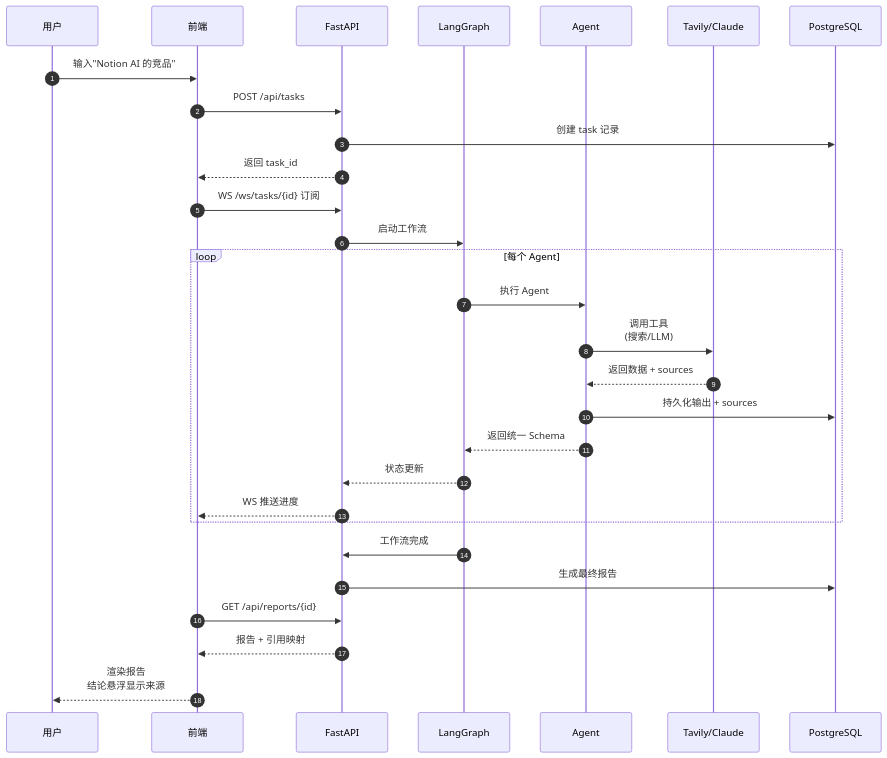
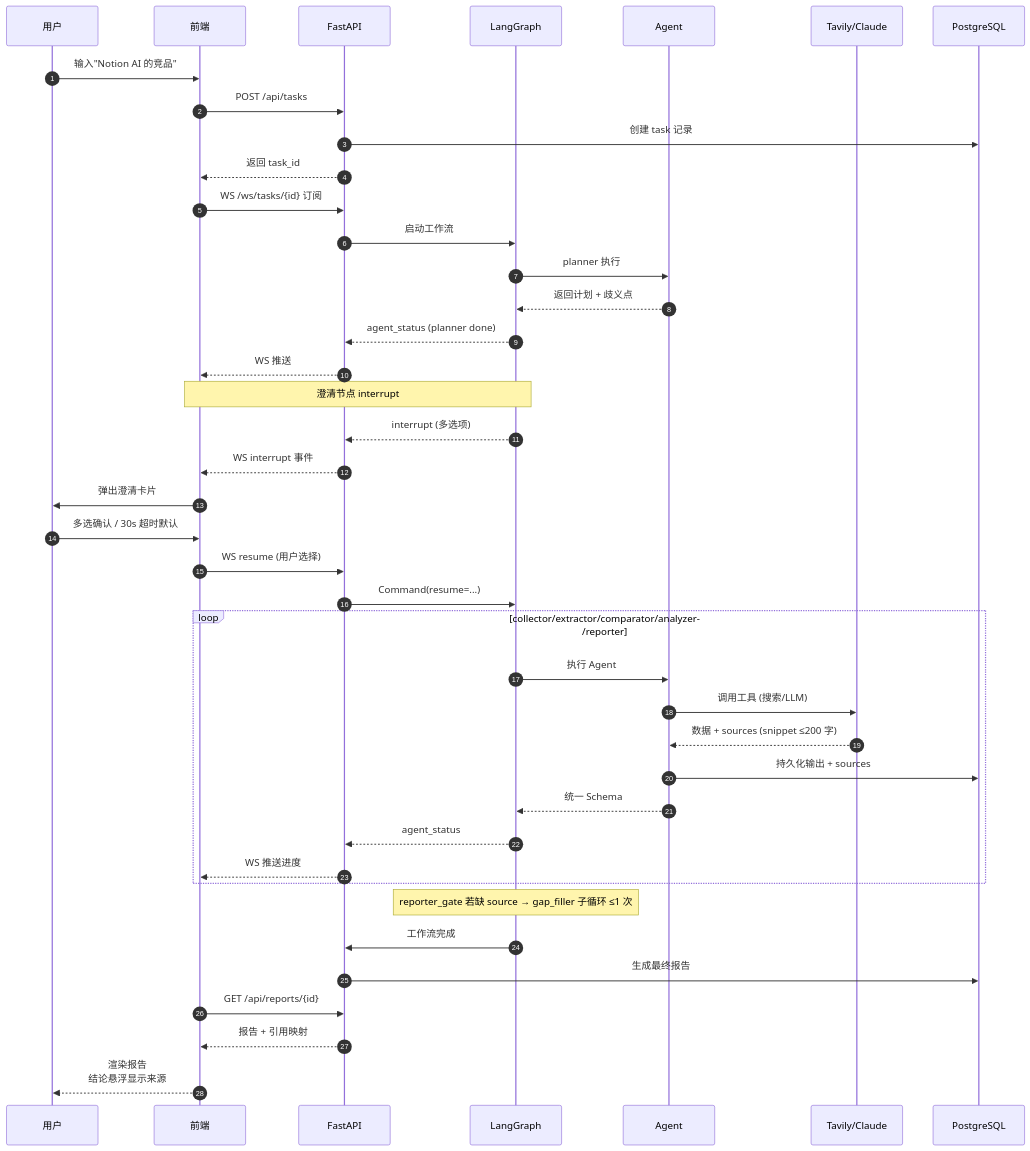
The third of 7 diagrams in docs/architecture.md (yangyuxin-hub/Multi-Agent-Collaborative-Competitive-Analysis-System), drawn with Mermaid before and after one commit. The commit also changed other lines of this file and 7 other files, not shown here.

````diff
--- a/docs/architecture.md
+++ b/docs/architecture.md
@@ -112,34 +140,49 @@
 ```mermaid
 sequenceDiagram
     autonumber
     participant U as 用户
     participant F as 前端
     participant API as FastAPI
     participant G as LangGraph
     participant A as Agent
     participant T as Tavily/Claude
     participant DB as PostgreSQL
 
     U->>F: 输入"Notion AI 的竞品"
     F->>API: POST /api/tasks
     API->>DB: 创建 task 记录
     API-->>F: 返回 task_id
     F->>API: WS /ws/tasks/{id} 订阅
 
     API->>G: 启动工作流
-    loop 每个 Agent
+    G->>A: planner 执行
+    A-->>G: 返回计划 + 歧义点
+    G-->>API: agent_status (planner done)
+    API-->>F: WS 推送
+
+    Note over G,F: 澄清节点 interrupt
+    G-->>API: interrupt (多选项)
+    API-->>F: WS interrupt 事件
+    F->>U: 弹出澄清卡片
+    U->>F: 多选确认 / 30s 超时默认
+    F->>API: WS resume (用户选择)
+    API->>G: Command(resume=...)
+
+    loop collector/extractor/comparator/analyzer/reporter
         G->>A: 执行 Agent
-        A->>T: 调用工具<br/>(搜索/LLM)
-        T-->>A: 返回数据 + sources
+        A->>T: 调用工具 (搜索/LLM)
+        T-->>A: 数据 + sources (snippet ≤200 字)
         A->>DB: 持久化输出 + sources
-        A-->>G: 返回统一 Schema
-        G-->>API: 状态更新
+        A-->>G: 统一 Schema
+        G-->>API: agent_status
         API-->>F: WS 推送进度
     end
+
+    Note over G: reporter_gate 若缺 source → gap_filler 子循环 ≤1 次
 
     G->>API: 工作流完成
     API->>DB: 生成最终报告
     F->>API: GET /api/reports/{id}
     API-->>F: 报告 + 引用映射
     F-->>U: 渲染报告<br/>结论悬浮显示来源
 ```
````
